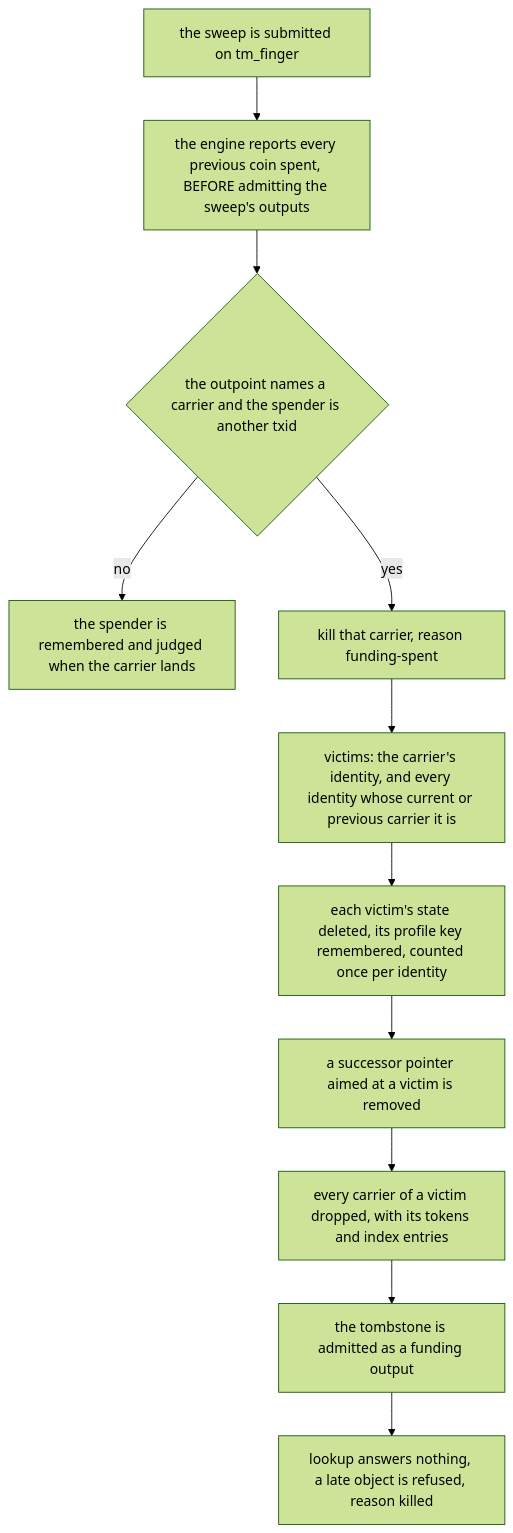
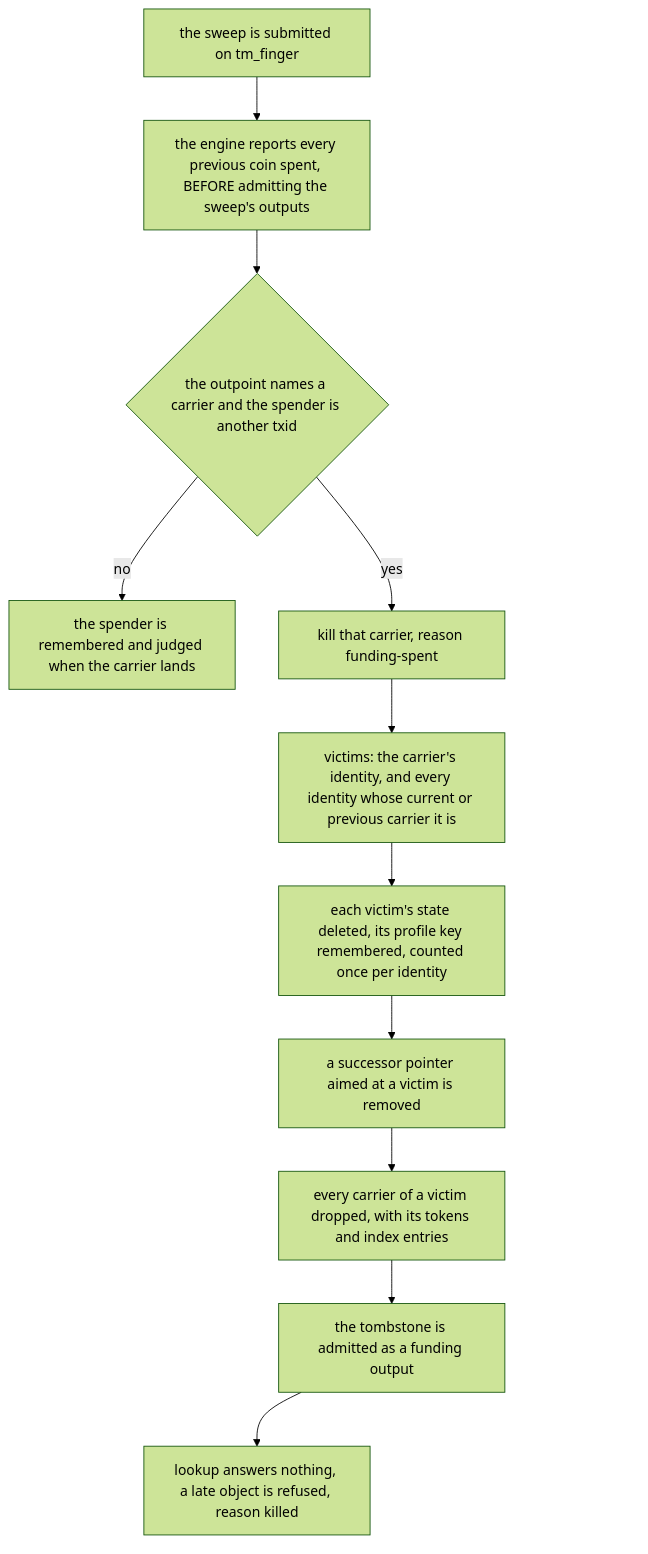
One commit to lightwebinc/bfinger changed diagram 17 of 19 in docs/flows.md. Above: the diagram before and after it, drawn with Mermaid (forest theme). The commit also changed other lines of this file and 9 other files, not shown here.

First line of the commit message:
[Fix] diagrams: a spacer where the viewer's controls land

````diff
--- a/docs/flows.md
+++ b/docs/flows.md
@@ -546,13 +601,18 @@
 ```mermaid
 flowchart TD
   SW["the sweep is submitted on tm_finger"] --> SP["the engine reports every previous coin spent, BEFORE admitting the sweep's outputs"]
   SP --> Q{"the outpoint names a carrier and the spender is another txid"}
   Q -->|"no"| HOLD["the spender is remembered and judged when the carrier lands"]
   Q -->|"yes"| KILL["kill that carrier, reason funding-spent"]
   KILL --> V["victims: the carrier's identity, and every identity whose current or previous carrier it is"]
   V --> DEL["each victim's state deleted, its profile key remembered, counted once per identity"]
   DEL --> SUC["a successor pointer aimed at a victim is removed"]
   SUC --> DROP["every carrier of a victim dropped, with its tokens and index entries"]
   DROP --> TOMB["the tombstone is admitted as a funding output"]
   TOMB --> ANS["lookup answers nothing, a late object is refused, reason killed"]
+  %% The last node is an invisible spacer in the rightmost rank: the rendered
+  %% viewer places its zoom and pan controls over the bottom-right corner.
+  TOMB ~~~ pad
+  pad["&nbsp;&nbsp;&nbsp;&nbsp;&nbsp;&nbsp;&nbsp;&nbsp;&nbsp;&nbsp;&nbsp;&nbsp;&nbsp;&nbsp;&nbsp;&nbsp;&nbsp;&nbsp;&nbsp;&nbsp;&nbsp;&nbsp;&nbsp;&nbsp;&nbsp;&nbsp;&nbsp;&nbsp;&nbsp;&nbsp;&nbsp;&nbsp;&nbsp;&nbsp;&nbsp;&nbsp;&nbsp;&nbsp;&nbsp;&nbsp;&nbsp;&nbsp;&nbsp;&nbsp;&nbsp;&nbsp;&nbsp;&nbsp;<br/>&nbsp;<br/>&nbsp;<br/>&nbsp;"]:::pad
+  classDef pad fill:none,stroke:none,color:transparent
 ```
````
